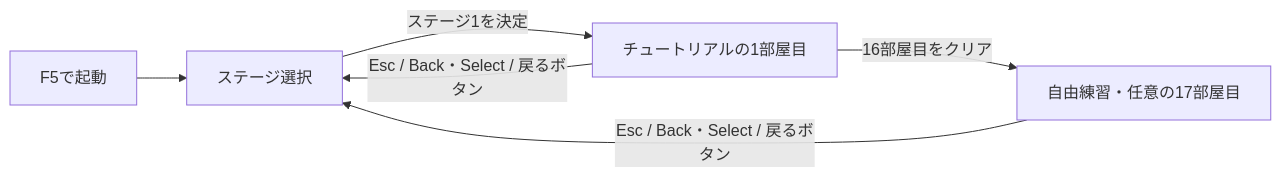
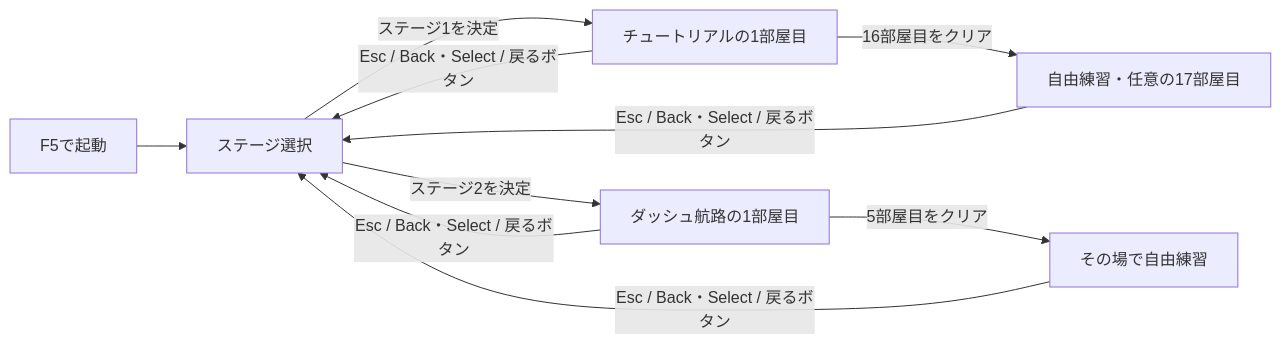
One commit to Foxy-null/2d-space changed the diagram in docs/stage-selection.md. Above: the diagram before and after it, drawn with Mermaid. The commit also changed other lines of this file and 17 other files, not shown here.

````diff
--- a/docs/stage-selection.md
+++ b/docs/stage-selection.md
@@ -42,8 +44,12 @@
 ```mermaid
 flowchart LR
     Start[F5で起動] --> Select[ステージ選択]
     Select -->|ステージ1を決定| Tutorial[チュートリアルの1部屋目]
+    Select -->|ステージ2を決定| Dash[ダッシュ航路の1部屋目]
+    Dash -->|5部屋目をクリア| DashPractice[その場で自由練習]
+    Dash -->|Esc / Back・Select / 戻るボタン| Select
+    DashPractice -->|Esc / Back・Select / 戻るボタン| Select
     Tutorial -->|16部屋目をクリア| Practice[自由練習・任意の17部屋目]
     Tutorial -->|Esc / Back・Select / 戻るボタン| Select
     Practice -->|Esc / Back・Select / 戻るボタン| Select
 ```
````
